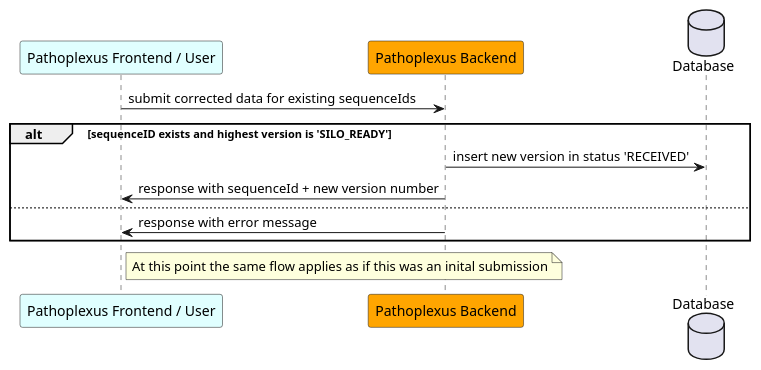
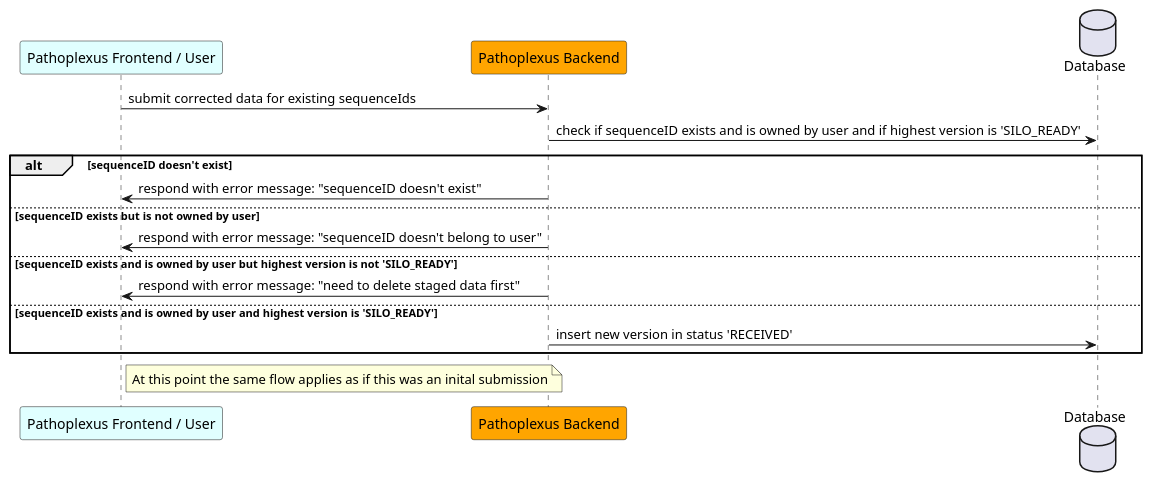
The diagram in backend/docs/plantuml/sequenceRevision.puml (loculus-project/loculus), drawn with PlantUML before and after one commit. The commit also changed 7 other files, not shown here.

First line of the commit message:
doc(backend): propose simpler submission flow

```diff
--- a/backend/docs/plantuml/sequenceRevision.puml
+++ b/backend/docs/plantuml/sequenceRevision.puml
@@ -1,19 +1,23 @@
 @startuml
     participant "Pathoplexus Frontend / User" as frontend #LightCyan
     participant "Pathoplexus Backend" as backend #Orange
     database "Database" as DB
 
 
     frontend -> backend: submit corrected data for existing sequenceIds
 
-    alt sequenceID exists and highest version is 'SILO_READY'
+    backend -> DB: check if sequenceID exists and is owned by user and if highest version is 'SILO_READY'
+    alt sequenceID doesn't exist
+        backend -> frontend: respond with error message: "sequenceID doesn't exist"
+    else sequenceID exists but is not owned by user
+        backend -> frontend: respond with error message: "sequenceID doesn't belong to user"
+    else sequenceID exists and is owned by user but highest version is not 'SILO_READY'
+        backend -> frontend: respond with error message: "need to delete staged data first"
+    else sequenceID exists and is owned by user and highest version is 'SILO_READY'
         backend -> DB: insert new version in status 'RECEIVED'
-    backend -> frontend: response with sequenceId + new version number
-    else
-        backend -> frontend: response with error message
     end
 
     note right of frontend
         At this point the same flow applies as if this was an inital submission
     end note
 @enduml
```
